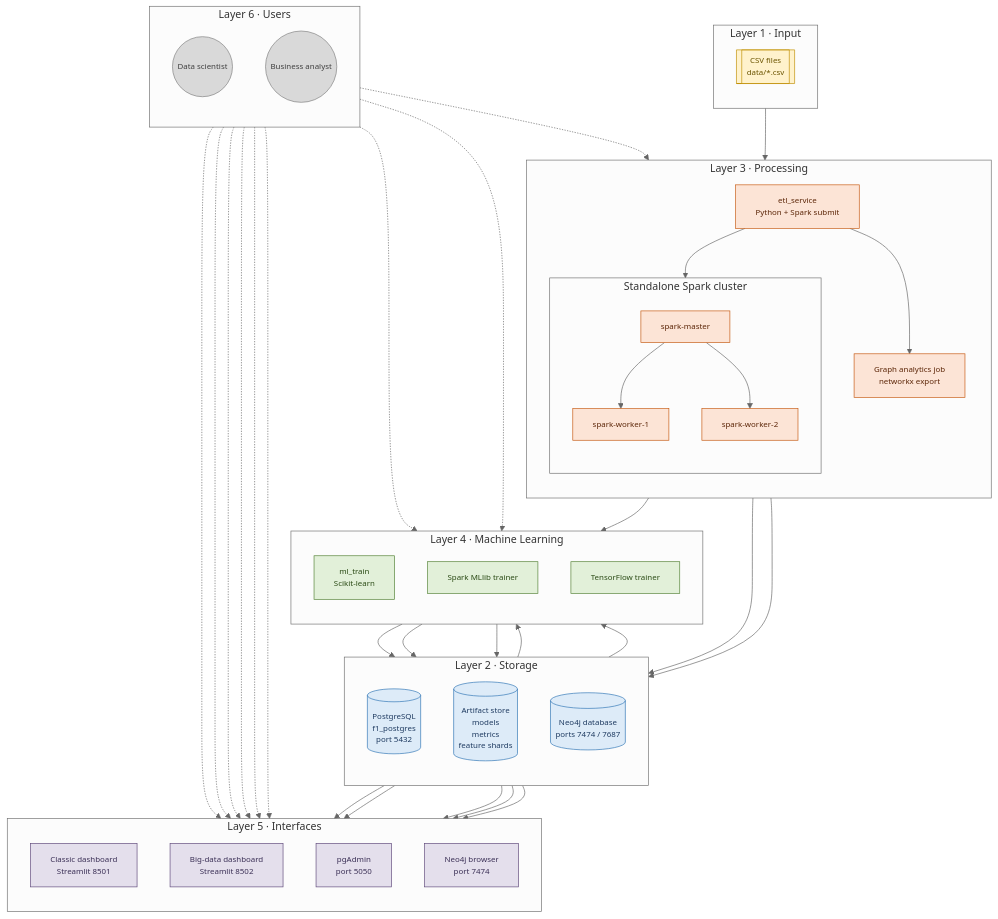
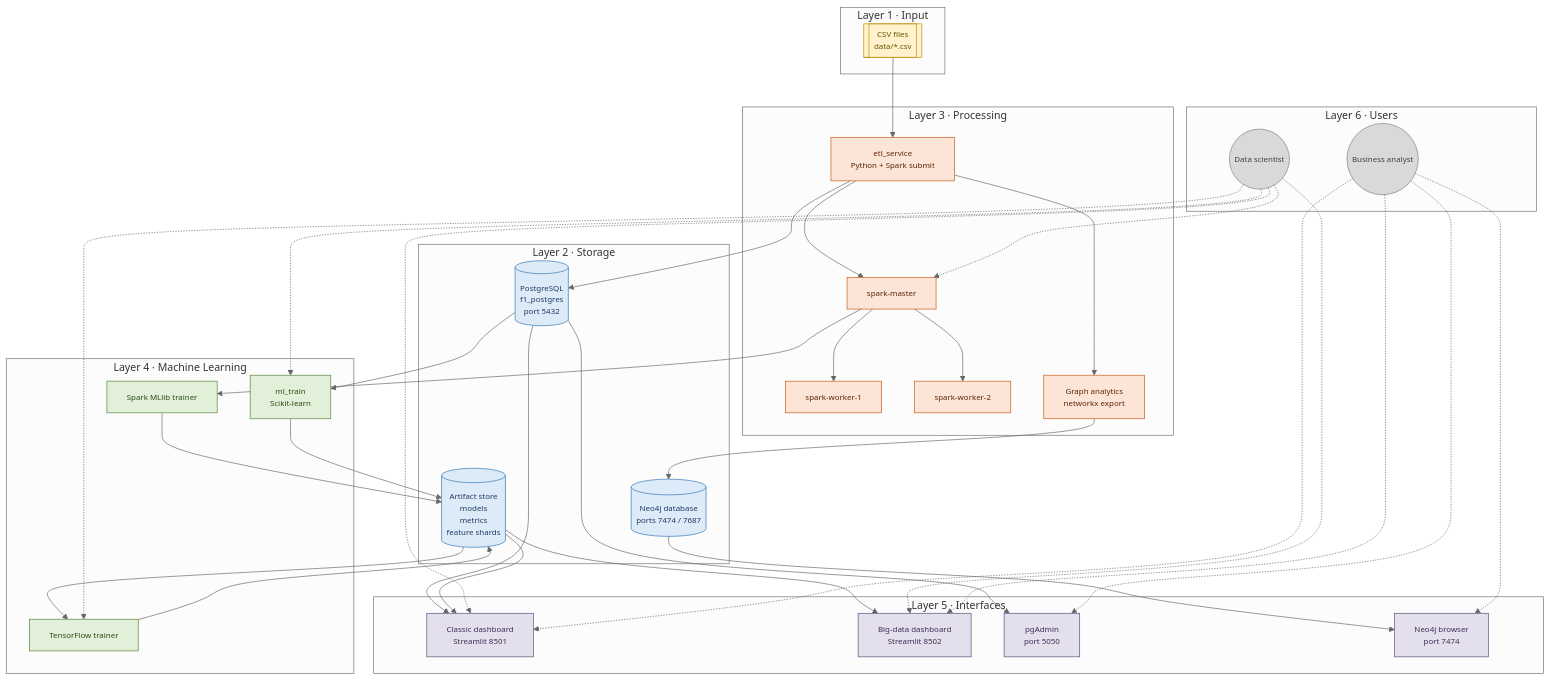
One commit to yenatariys/formula1-ml-pipeline changed the diagram in docs/infrastructure_architecture.md. Above: the diagram before and after it, drawn with Mermaid (neutral theme).

Commit message:
Simplified the diagram by removing nested subgraph directives and extra direction statements

```diff
--- a/docs/infrastructure_architecture.md
+++ b/docs/infrastructure_architecture.md
@@ -9,13 +9,11 @@
 flowchart TB
   %% Layer 1 · Input
   subgraph L1[Layer 1 · Input]
-    direction TB
     CSV[[CSV files\ndata/*.csv]]
   end
 
   %% Layer 2 · Storage
   subgraph L2[Layer 2 · Storage]
-    direction TB
     POSTGRES[(PostgreSQL\nf1_postgres\nport 5432)]
     ARTIFACTS[(Artifact store\nmodels\nmetrics\nfeature shards)]
     NEO4J[(Neo4j database\nports 7474 / 7687)]
@@ -23,20 +21,15 @@
 
   %% Layer 3 · Processing
   subgraph L3[Layer 3 · Processing]
-    direction TB
     ETL[etl_service\nPython + Spark submit]
-    subgraph SPARK[Standalone Spark cluster]
-      direction TB
-      MASTER[spark-master]
-      WORKER1[spark-worker-1]
-      WORKER2[spark-worker-2]
-    end
-    GRAPH[Graph analytics job\nnetworkx export]
+    MASTER[spark-master]
+    WORKER1[spark-worker-1]
+    WORKER2[spark-worker-2]
+    GRAPH[Graph analytics\nnetworkx export]
   end
 
   %% Layer 4 · Machine Learning
   subgraph L4[Layer 4 · Machine Learning]
-    direction TB
     CLASSIC[ml_train\nScikit-learn]
     MLLIB[Spark MLlib trainer]
     TF[TensorFlow trainer]
@@ -44,7 +37,6 @@
 
   %% Layer 5 · Interfaces
   subgraph L5[Layer 5 · Interfaces]
-    direction TB
     DASH_CLASSIC[Classic dashboard\nStreamlit 8501]
     DASH_BIGDATA[Big-data dashboard\nStreamlit 8502]
     PGADMIN[pgAdmin\nport 5050]
@@ -53,12 +45,11 @@
 
   %% Layer 6 · Users
   subgraph L6[Layer 6 · Users]
-    direction TB
     DS((Data scientist))
     BA((Business analyst))
   end
 
-  %% Pipelines
+  %% Pipelines (solid lines)
   CSV --> ETL
   ETL --> POSTGRES
   ETL --> MASTER
@@ -80,6 +71,7 @@
   POSTGRES --> PGADMIN
   NEO4J --> NEO4J_UI
 
+  %% User touchpoints (dashed)
   DS -.-> DASH_CLASSIC
   DS -.-> DASH_BIGDATA
   DS -.-> MASTER
```
